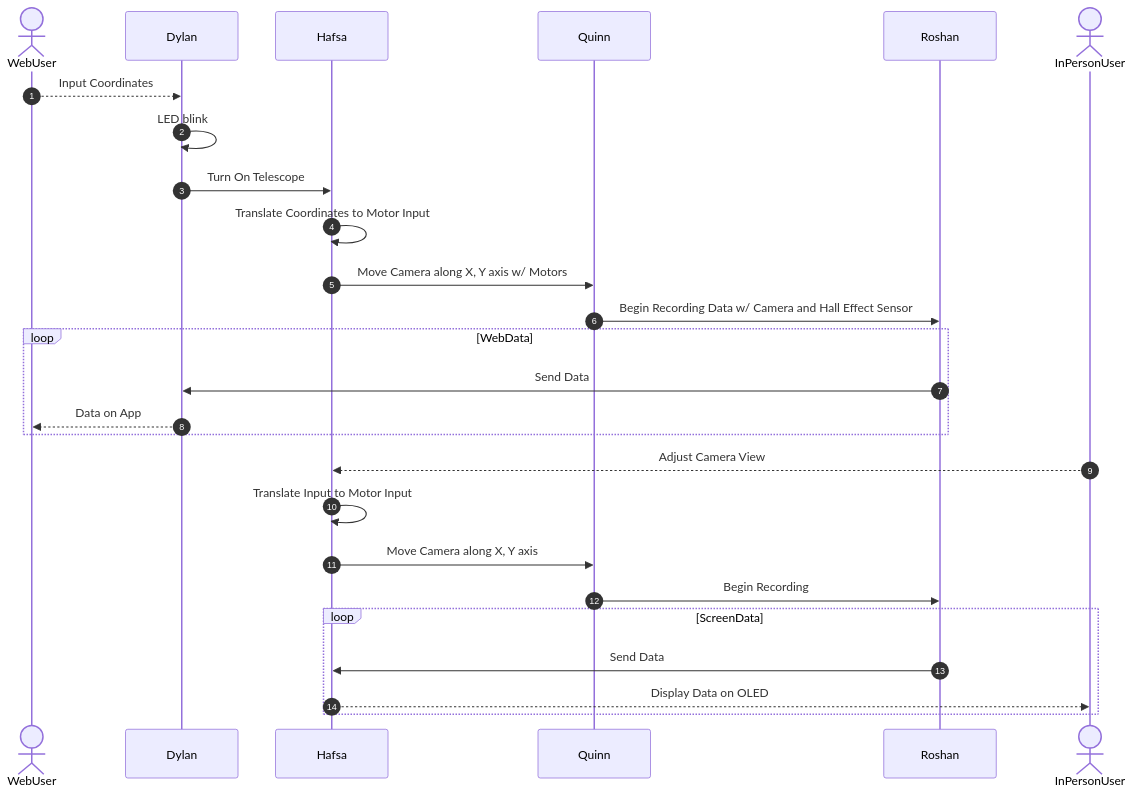
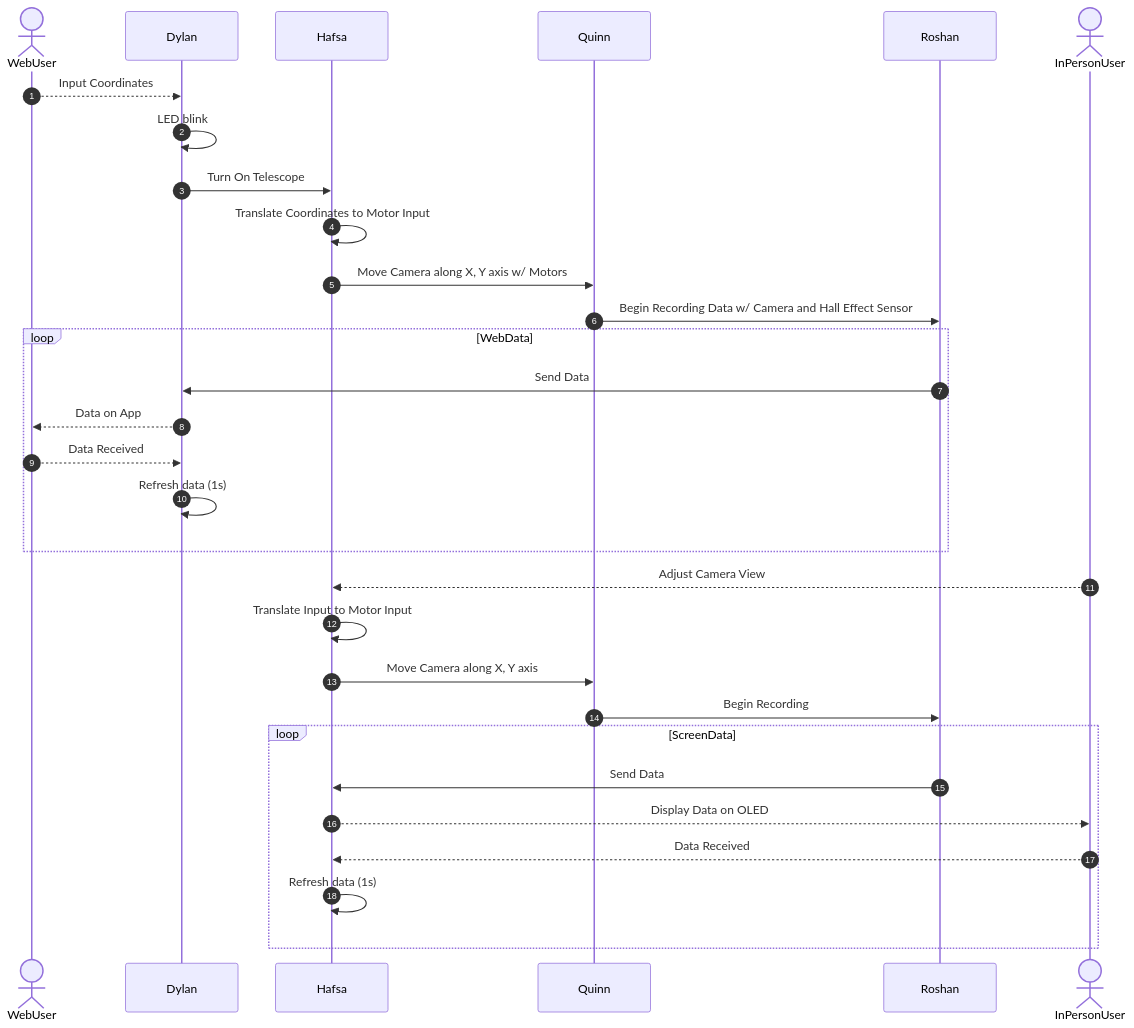
One commit to EGR314-S-2026-304/EGR314-S-2026-304.github.io changed the diagram in docs/04-Team-Diagram.md. Above: the diagram before and after it, drawn with Mermaid.

````diff
--- a/docs/04-Team-Diagram.md
+++ b/docs/04-Team-Diagram.md
@@ -11,24 +11,28 @@
 ``` mermaid
 sequenceDiagram
   autonumber
   actor WebUser
   WebUser-->>Dylan: Input Coordinates
   Dylan->>Dylan: LED blink
   Dylan->>Hafsa: Turn On Telescope
   Hafsa->>Hafsa: Translate Coordinates to Motor Input
   Hafsa->>Quinn: Move Camera along X, Y axis w/ Motors
   Quinn->>Roshan: Begin Recording Data w/ Camera and Hall Effect Sensor
   loop WebData
     Roshan->>Dylan: Send Data
     Dylan-->>WebUser: Data on App
+    WebUser-->>Dylan: Data Received
+    Dylan->>Dylan: Refresh data (1s)
   end
   actor InPersonUser
   InPersonUser-->>Hafsa: Adjust Camera View
   Hafsa->>Hafsa: Translate Input to Motor Input
   Hafsa->>Quinn: Move Camera along X, Y axis
   Quinn->>Roshan: Begin Recording
   loop ScreenData
     Roshan->>Hafsa: Send Data
     Hafsa-->>InPersonUser: Display Data on OLED
+    InPersonUser-->>Hafsa: Data Received
+    Hafsa->>Hafsa: Refresh data (1s)
   end
 ```
````
